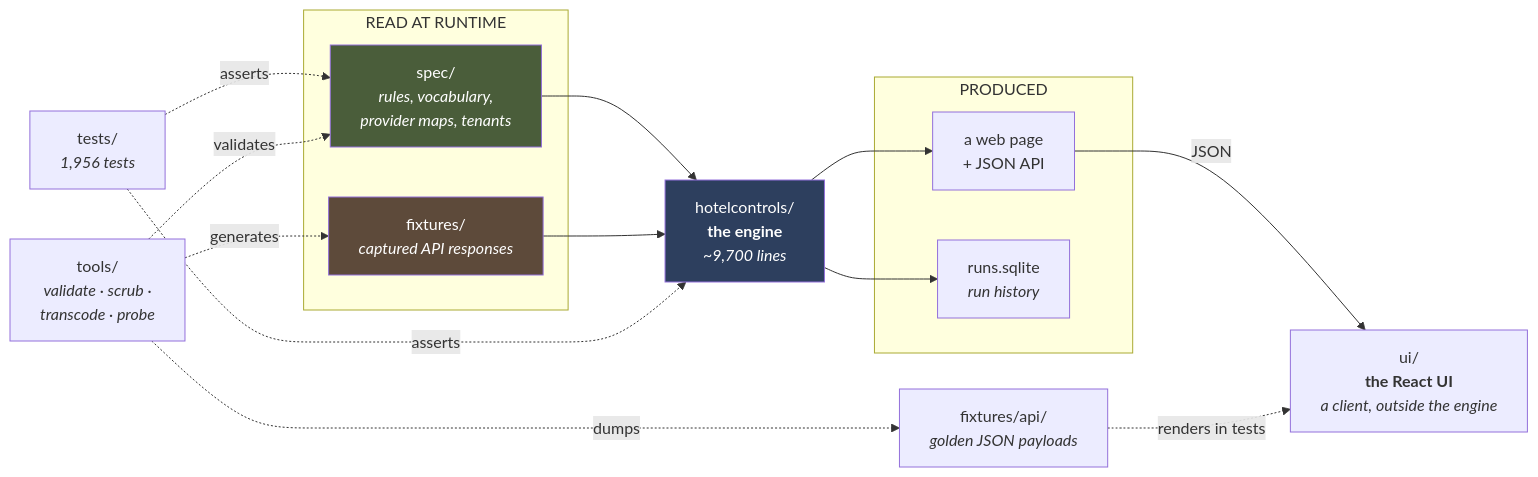
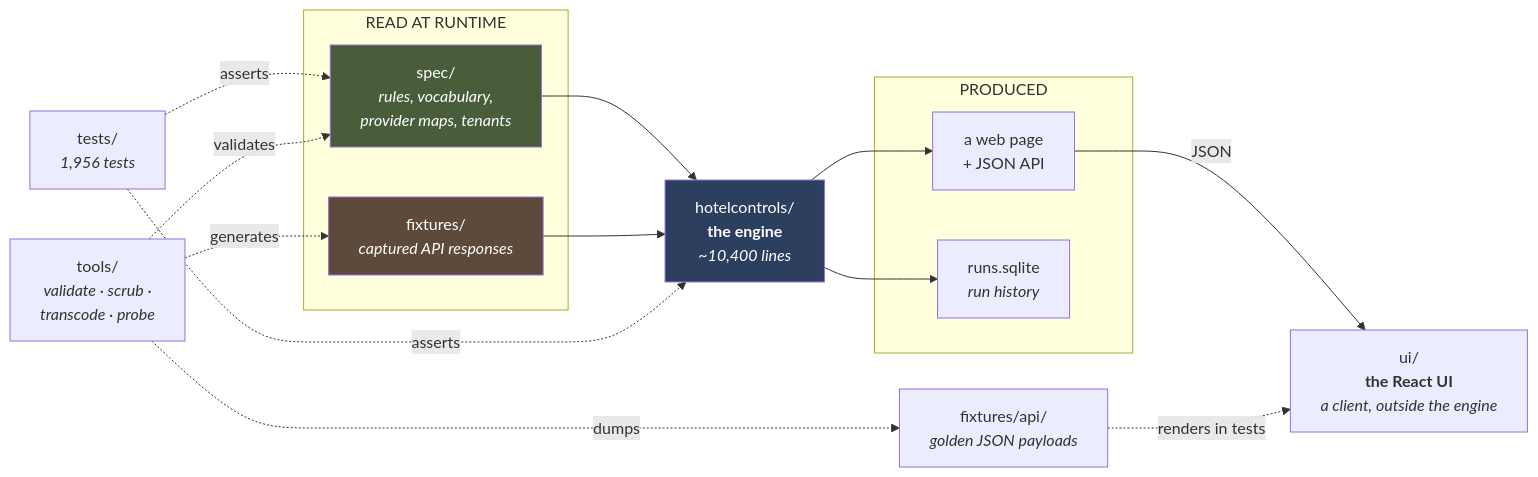
Before and after one commit to sauravs/miniHotelPMS: the diagram in docs/project-explainer/02-file-structure.md, drawn with Mermaid. The commit also changed other lines of this file and 3 other files, not shown here.

````diff
--- a/docs/project-explainer/02-file-structure.md
+++ b/docs/project-explainer/02-file-structure.md
@@ -40,36 +40,36 @@
 ```mermaid
 flowchart LR
     subgraph inputs[" READ AT RUNTIME "]
         SPEC["spec/<br/><i>rules, vocabulary,<br/>provider maps, tenants</i>"]
         FIX["fixtures/<br/><i>captured API responses</i>"]
     end
 
-    ENG["hotelcontrols/<br/><b>the engine</b><br/><i>~9,700 lines</i>"]
+    ENG["hotelcontrols/<br/><b>the engine</b><br/><i>~10,400 lines</i>"]
 
     subgraph outputs[" PRODUCED "]
         WEB["a web page<br/>+ JSON API"]
         DB["runs.sqlite<br/><i>run history</i>"]
     end
 
     UI["ui/<br/><b>the React UI</b><br/><i>a client, outside the engine</i>"]
     API["fixtures/api/<br/><i>golden JSON payloads</i>"]
 
     TESTS["tests/<br/><i>1,956 tests</i>"]
     TOOLS["tools/<br/><i>validate · scrub ·<br/>transcode · probe</i>"]
 
     SPEC --> ENG
     FIX --> ENG
     ENG --> WEB
     ENG --> DB
     WEB -- JSON --> UI
     TOOLS -.dumps.-> API
     API -.renders in tests.-> UI
     TESTS -.asserts.-> ENG
     TESTS -.asserts.-> SPEC
     TOOLS -.validates.-> SPEC
     TOOLS -.generates.-> FIX
 
     style ENG fill:#2d3f5e,color:#fff
     style SPEC fill:#4a5d3a,color:#fff
     style FIX fill:#5d4a3a,color:#fff
 ```
````
